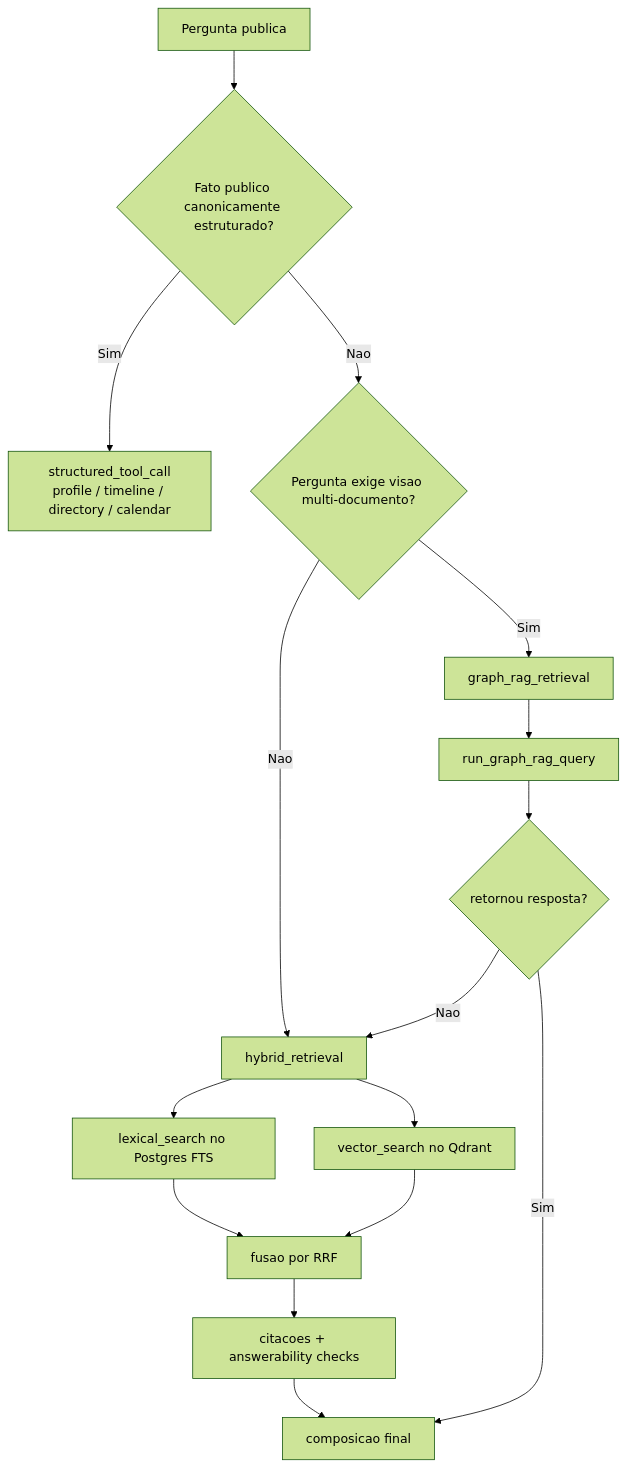
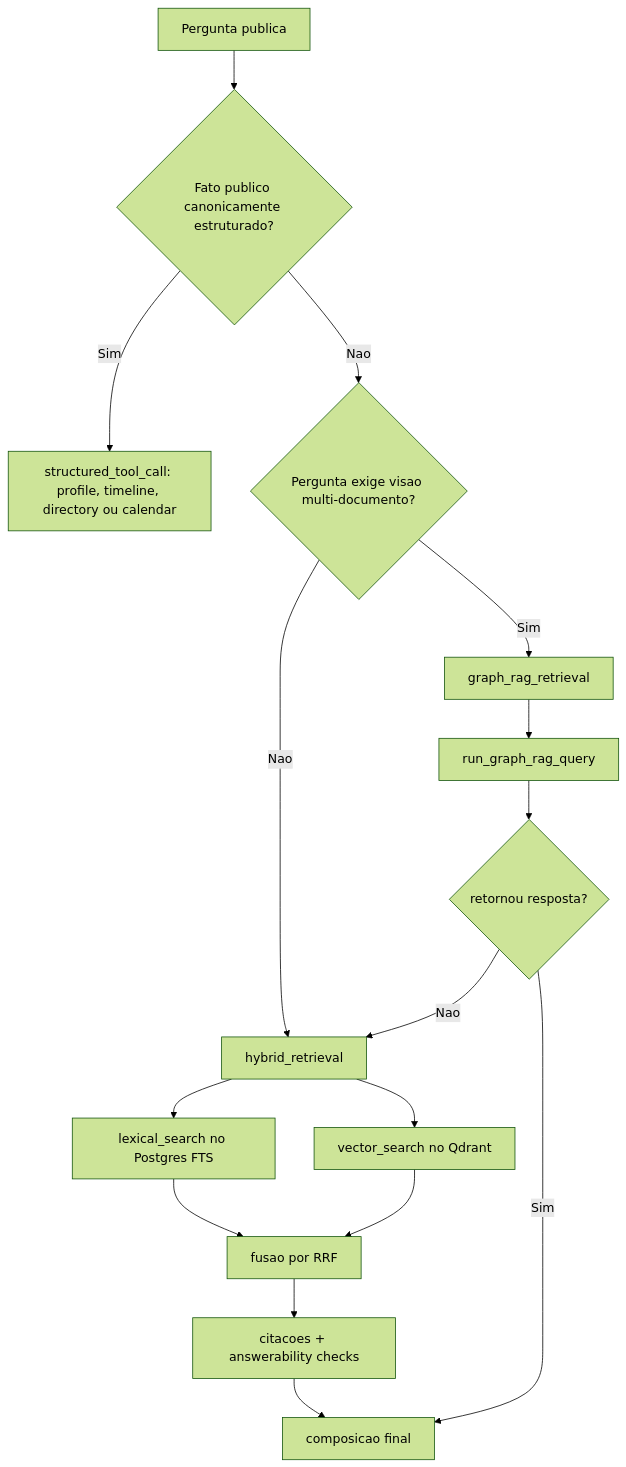
One commit to EliseuODaniel/eduassist-platform changed the sixth of 15 diagrams in docs/architecture/dual-stack-runtime-visual-guide.md. Above: the diagram before and after it, drawn with Mermaid (forest theme). The commit also changed other lines of this file, not shown here.

Commit message:
Simplify Mermaid syntax in dual stack visual guide

````diff
--- a/docs/architecture/dual-stack-runtime-visual-guide.md
+++ b/docs/architecture/dual-stack-runtime-visual-guide.md
@@ -167,20 +167,20 @@
 ```mermaid
-flowchart TD
+graph TD
     Q["Pergunta publica"] --> A{"Fato publico canonicamente estruturado?"}
-    A -- Sim --> B["structured_tool_call<br/>profile / timeline / directory / calendar"]
+    A -- Sim --> B["structured_tool_call: profile, timeline, directory ou calendar"]
     A -- Nao --> C{"Pergunta exige visao multi-documento?"}
     C -- Sim --> D["graph_rag_retrieval"]
     C -- Nao --> E["hybrid_retrieval"]
 
     E --> E1["lexical_search no Postgres FTS"]
     E --> E2["vector_search no Qdrant"]
     E1 --> E3["fusao por RRF"]
     E2 --> E3
     E3 --> E4["citacoes + answerability checks"]
     E4 --> F["composicao final"]
 
     D --> D1["run_graph_rag_query"]
     D1 --> D2{"retornou resposta?"}
     D2 -- Sim --> F
     D2 -- Nao --> E
 ```
````
